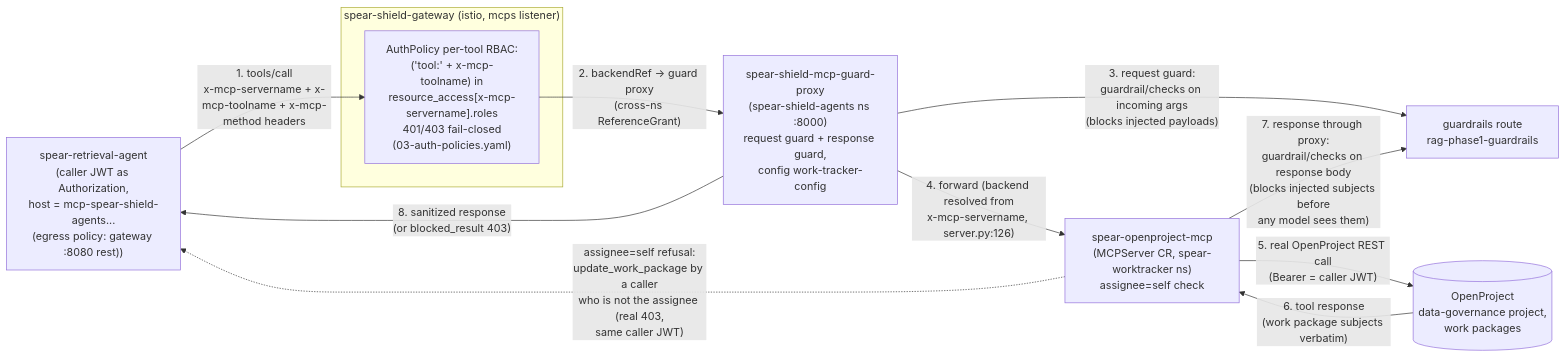
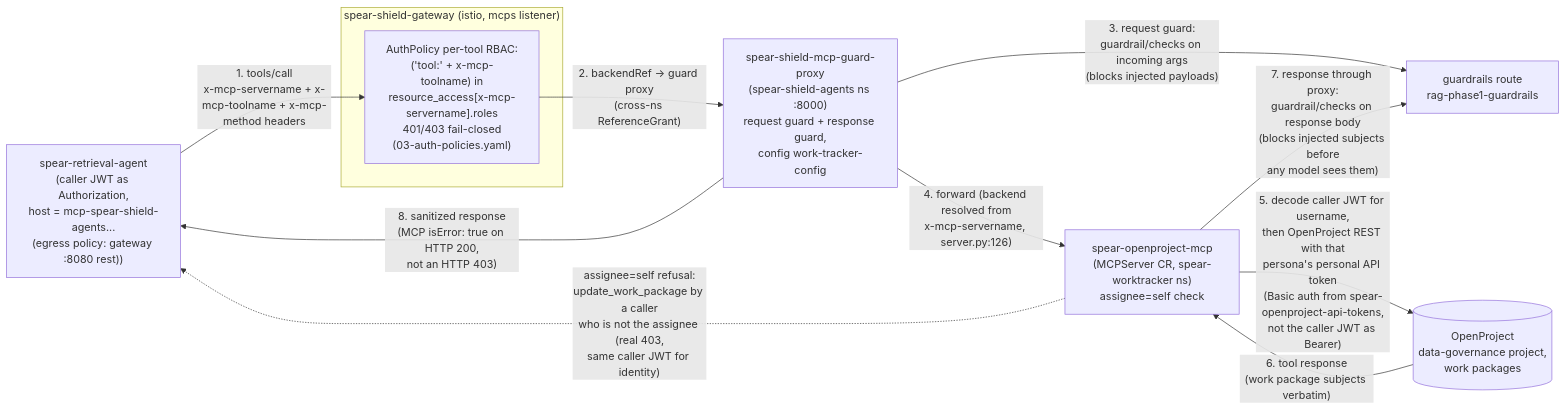
Before and after one commit to bbalakriz/spear: the fifth of 6 diagrams in Detailed architecture.md, drawn with Mermaid. The commit also changed other lines of this file and 1 other file, not shown here.

Commit message:
docs: update architecture and README for ABAC team dimension, OpenProject personal tokens and closed-loop output rails

````diff
--- a/Detailed architecture.md
+++ b/Detailed architecture.md
@@ -158,21 +159,21 @@
 ```mermaid
 flowchart LR
     AG2b["spear-retrieval-agent<br/>(caller JWT as Authorization,<br/>host = mcp-spear-shield-agents...<br/>(egress policy: gateway :8080 rest))"]
     subgraph GW3["spear-shield-gateway (istio, mcps listener)"]
         RBA["AuthPolicy per-tool RBAC:<br/>('tool:' + x-mcp-toolname) in<br/>resource_access[x-mcp-servername].roles<br/>401/403 fail-closed<br/>(03-auth-policies.yaml)"]
     end
     GP["spear-shield-mcp-guard-proxy<br/>(spear-shield-agents ns :8000)<br/>request guard + response guard,<br/>config work-tracker-config"]
     OM["spear-openproject-mcp<br/>(MCPServer CR, spear-worktracker ns)<br/>assignee=self check"]
     OP[("OpenProject<br/>data-governance project,<br/>work packages")]
     GRC["guardrails route<br/>rag-phase1-guardrails"]
 
     AG2b -->|"1. tools/call<br/>x-mcp-servername + x-mcp-toolname + x-mcp-method headers"| RBA
     RBA -->|"2. backendRef -> guard proxy<br/>(cross-ns ReferenceGrant)"| GP
     GP -->|"3. request guard:<br/>guardrail/checks on incoming args<br/>(blocks injected payloads)"| GRC
     GP -->|"4. forward (backend resolved from<br/>x-mcp-servername, server.py:126)"| OM
-    OM -->|"5. real OpenProject REST call<br/>(Bearer = caller JWT)"| OP
+    OM -->|"5. decode caller JWT for username,<br/>then OpenProject REST with that<br/>persona's personal API token<br/>(Basic auth from spear-openproject-api-tokens,<br/>not the caller JWT as Bearer)"| OP
     OP -->|"6. tool response<br/>(work package subjects verbatim)"| OM
     OM -->|"7. response through proxy:<br/>guardrail/checks on response body<br/>(blocks injected subjects before<br/>any model sees them)"| GRC
-    GP -->|"8. sanitized response<br/>(or blocked_result 403)"| AG2b
-    OM -.->|"assignee=self refusal:<br/>update_work_package by a caller<br/>who is not the assignee (real 403,<br/>same caller JWT)"| AG2b
+    GP -->|"8. sanitized response<br/>(MCP isError: true on HTTP 200,<br/>not an HTTP 403)"| AG2b
+    OM -.->|"assignee=self refusal:<br/>update_work_package by a caller<br/>who is not the assignee (real 403,<br/>same caller JWT for identity)"| AG2b
 ```
````
